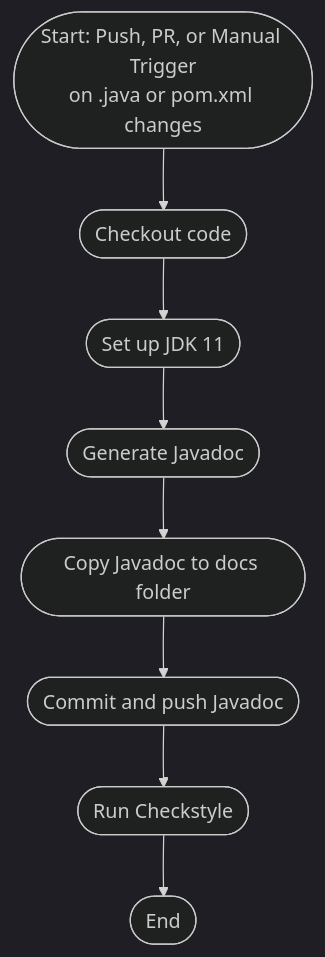
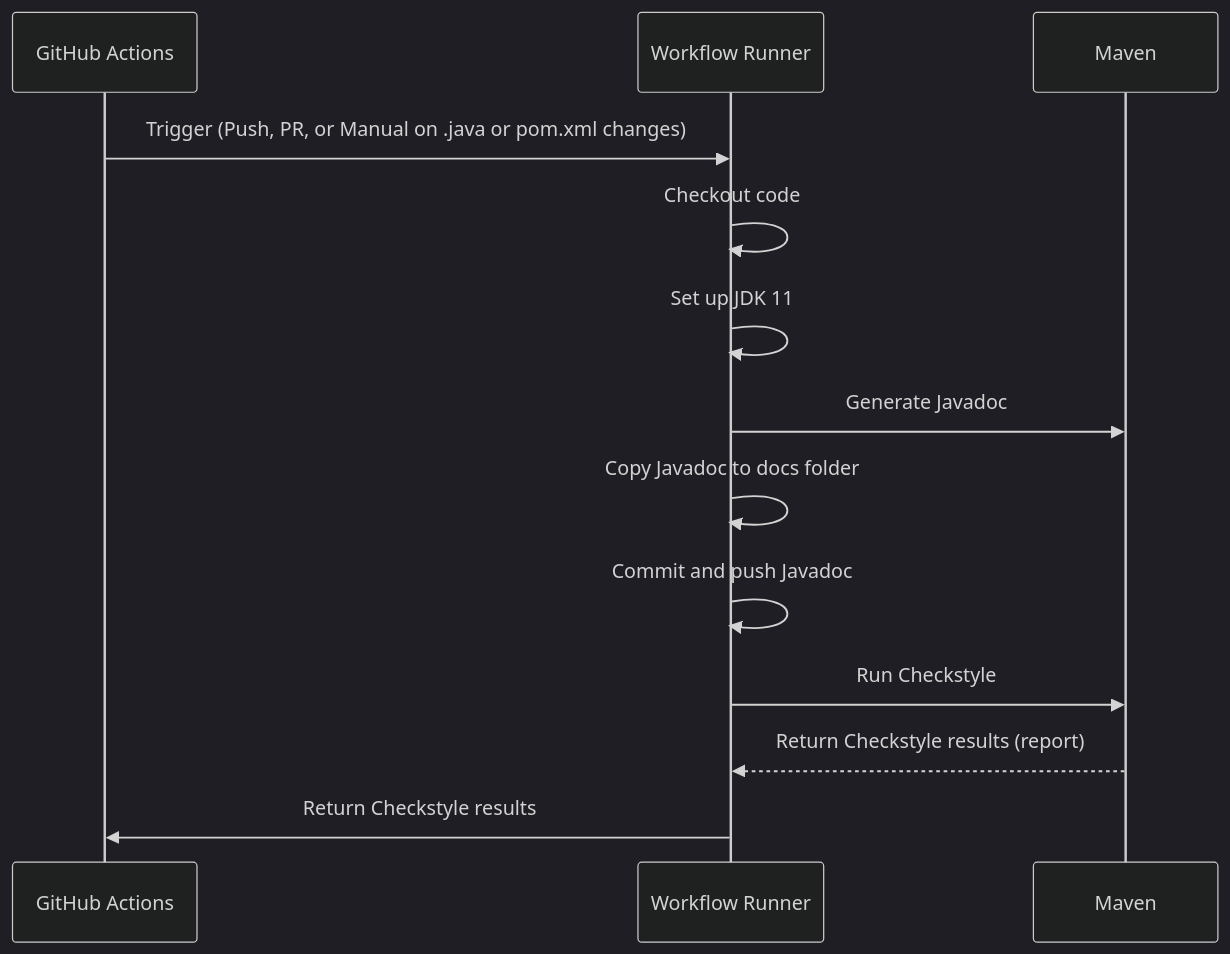
Before and after one commit to FelipeBarretoB/ecommerce-microservice-backend-app: the third of 5 diagrams in README.md, drawn with Mermaid (dark theme). The commit also changed other lines of this file, not shown here.

Commit message:
chore: changed from flow diagrams to sequence diagrams

````diff
--- a/README.md
+++ b/README.md
@@ -206,19 +198,16 @@
 ```mermaid
-flowchart TD
-    A([Start: Push, PR, or Manual Trigger<br>on .java or pom.xml changes])
-    B([Checkout code])
-    C([Set up JDK 11])
-    D([Generate Javadoc])
-    E([Copy Javadoc to docs folder])
-    F([Commit and push Javadoc])
-    G([Run Checkstyle])
-    H([End])
+sequenceDiagram
+    participant GitHub as GitHub Actions
+    participant Runner as Workflow Runner
+    participant Maven as Maven
 
-    A --> B
-    B --> C
-    C --> D
-    D --> E
-    E --> F
-    F --> G
-    G --> H
+    GitHub->>Runner: Trigger (Push, PR, or Manual on .java or pom.xml changes)
+    Runner->>Runner: Checkout code
+    Runner->>Runner: Set up JDK 11
+    Runner->>Maven: Generate Javadoc
+    Runner->>Runner: Copy Javadoc to docs folder
+    Runner->>Runner: Commit and push Javadoc
+    Runner->>Maven: Run Checkstyle
+    Maven-->>Runner: Return Checkstyle results (report)
+    Runner->>GitHub: Return Checkstyle results
 ```
````
